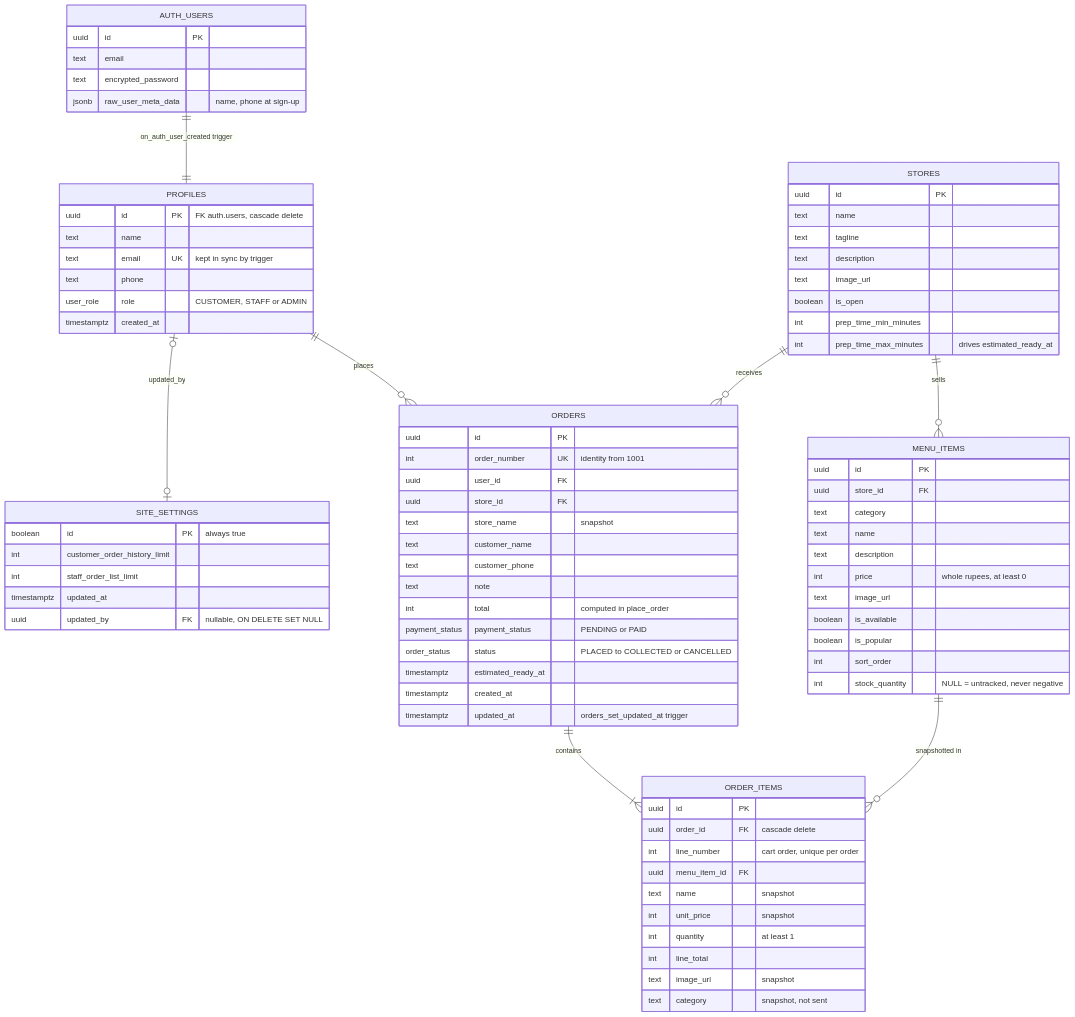
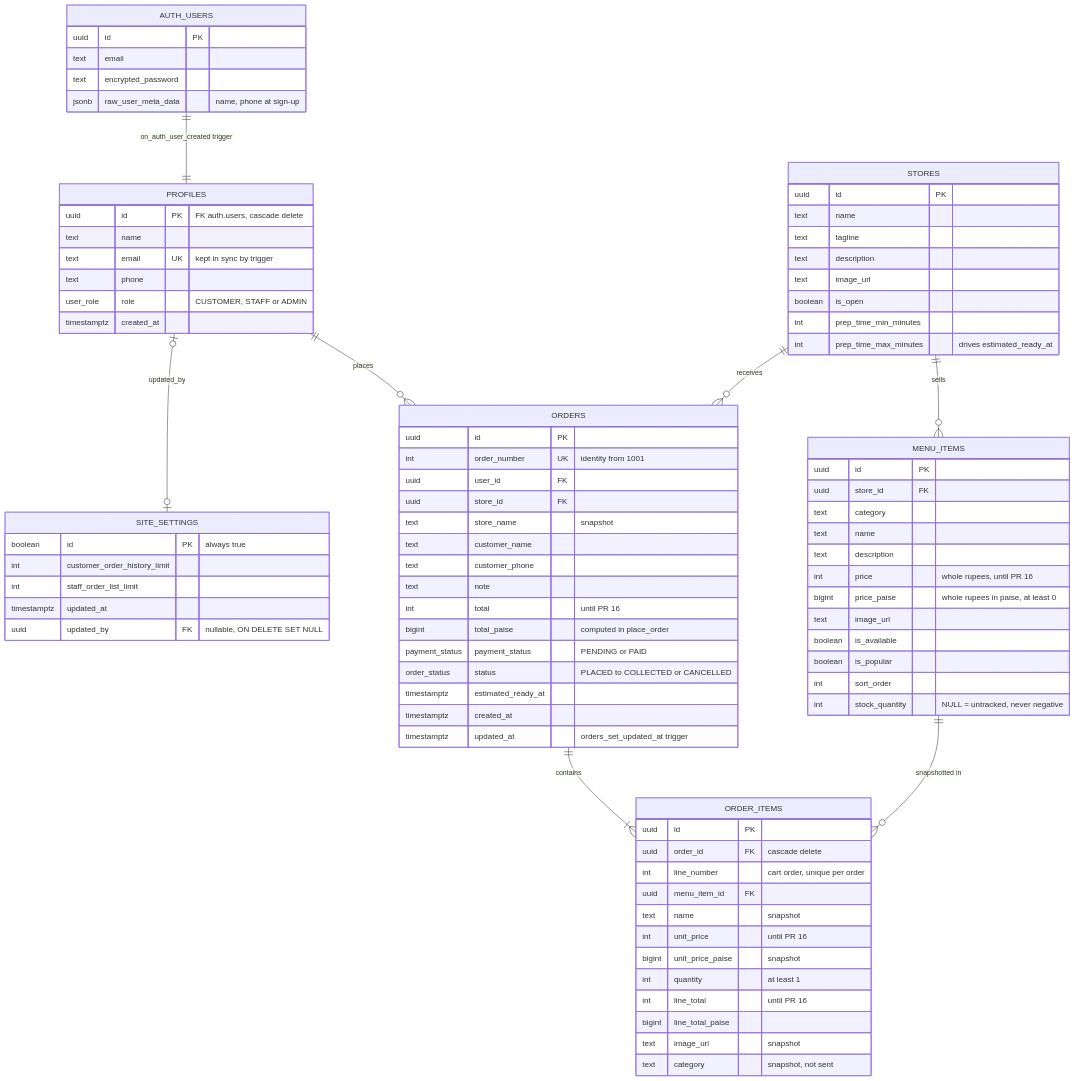
Diagram 28 of 28 in docs/ARCHITECTURE.md (The-KhaNha/KhaNha), drawn with Mermaid before and after one commit. The commit also changed other lines of this file and 26 other files, not shown here.

First line of the commit message:
Money in paise (expand): prices and totals are stored in paise; the API still speaks whole rupees

```diff
--- a/docs/ARCHITECTURE.md
+++ b/docs/ARCHITECTURE.md
@@ -1014,7 +1020,8 @@
     text category
     text name
     text description
-    int price "whole rupees, at least 0"
+    int price "whole rupees, until PR 16"
+    bigint price_paise "whole rupees in paise, at least 0"
     text image_url
     boolean is_available
     boolean is_popular
@@ -1030,7 +1037,8 @@
     text customer_name
     text customer_phone
     text note
-    int total "computed in place_order"
+    int total "until PR 16"
+    bigint total_paise "computed in place_order"
     payment_status payment_status "PENDING or PAID"
     order_status status "PLACED to COLLECTED or CANCELLED"
     timestamptz estimated_ready_at
@@ -1043,9 +1051,11 @@
     int line_number "cart order, unique per order"
     uuid menu_item_id FK
     text name "snapshot"
-    int unit_price "snapshot"
+    int unit_price "until PR 16"
+    bigint unit_price_paise "snapshot"
     int quantity "at least 1"
-    int line_total
+    int line_total "until PR 16"
+    bigint line_total_paise
     text image_url "snapshot"
     text category "snapshot, not sent"
   }
```
